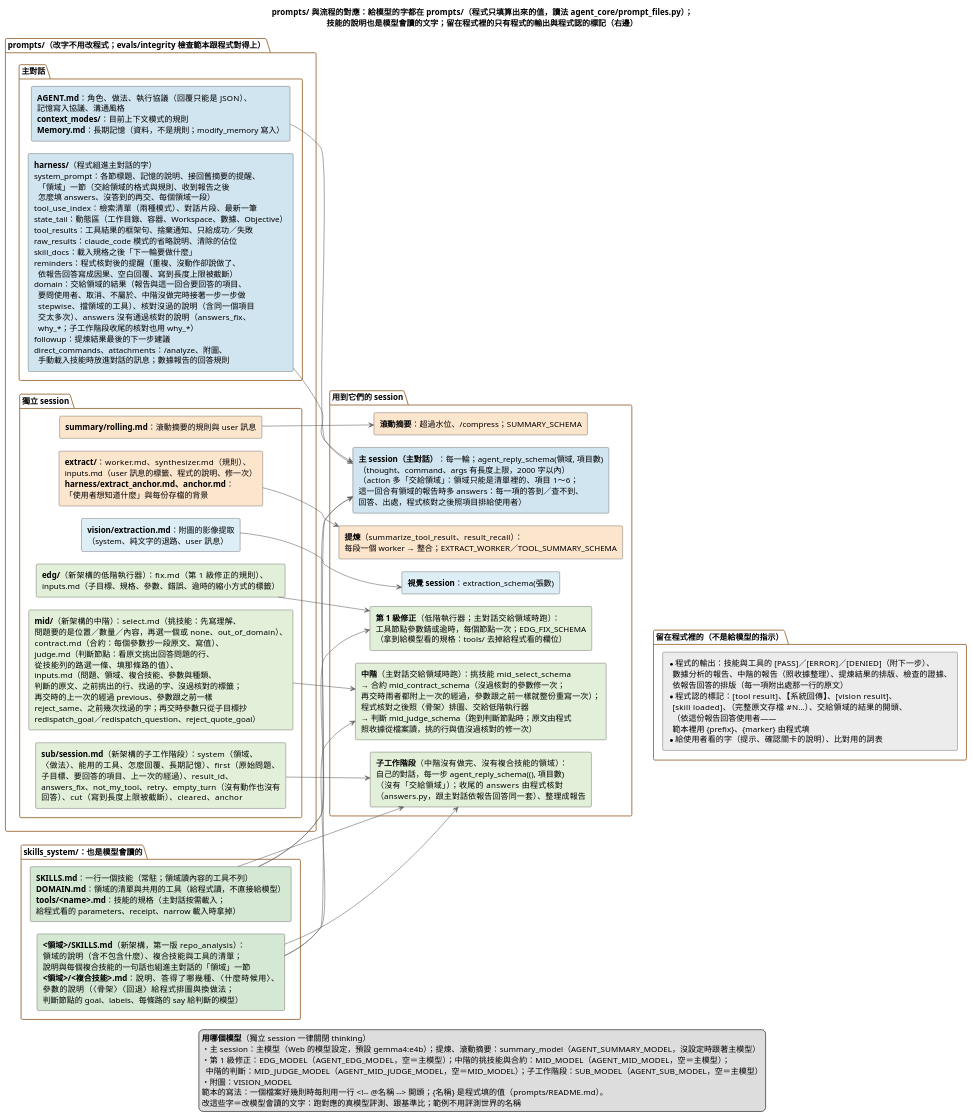
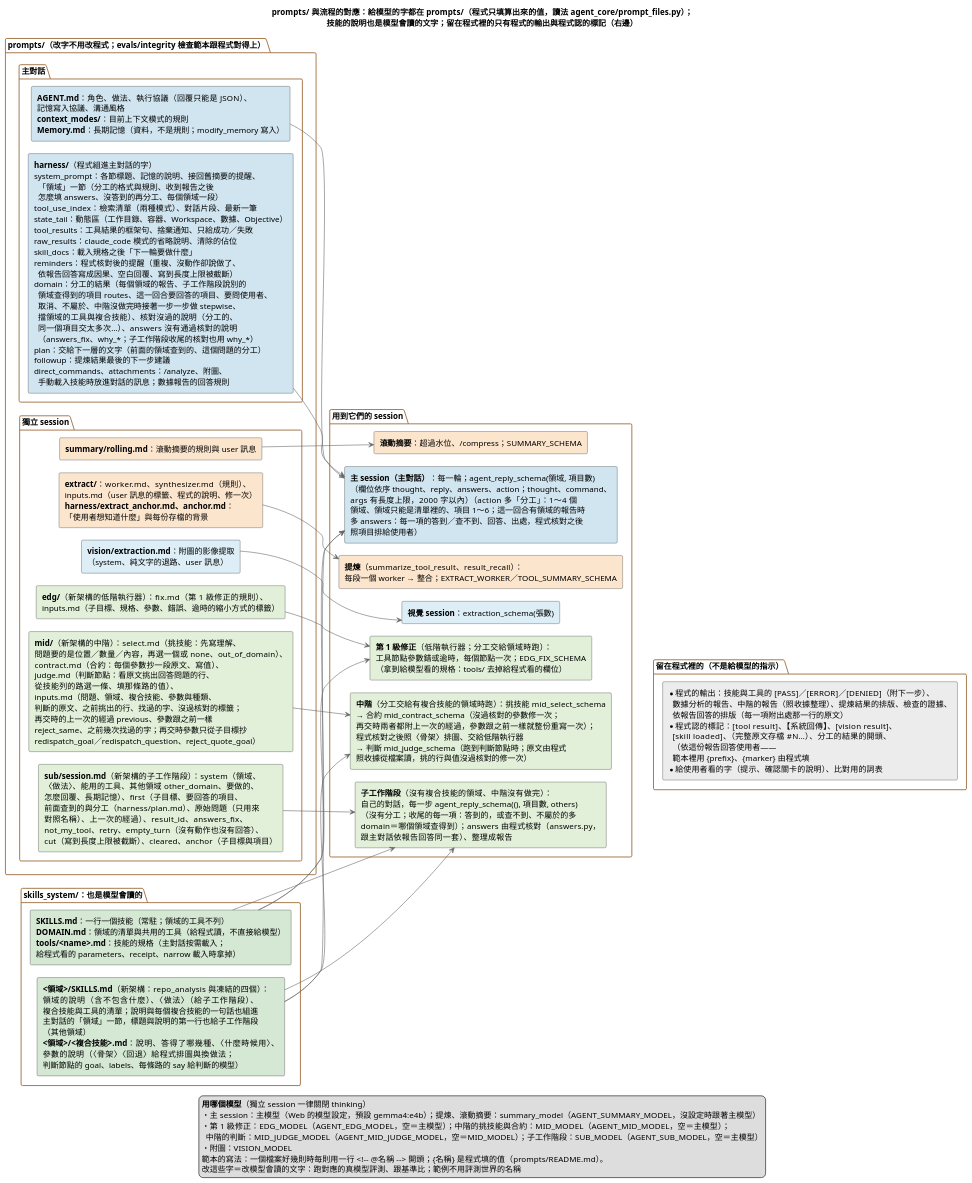
One commit to DavidZox/Coding_agnet changed the diagram in doc/diagrams/prompts與流程的對應.puml. Above: the diagram before and after it, drawn with PlantUML. The commit also changed 23 other files, not shown here.

```diff
--- a/doc/diagrams/prompts與流程的對應.puml
+++ b/doc/diagrams/prompts與流程的對應.puml
@@ -1,178 +1,186 @@
 @startuml
 ' --- 樣式精準控制 ---
 skinparam shadowing false
 skinparam defaultFontName "Microsoft JhengHei"
 skinparam RectangleWidthMax 440
 skinparam PackageBorderColor #996633
 skinparam ArrowColor #666666
 skinparam ranksep 70
 skinparam nodesep 22
 left to right direction
 
 title prompts/ 與流程的對應：給模型的字都在 prompts/（程式只填算出來的值，讀法 agent_core/prompt_files.py）；\n技能的說明也是模型會讀的文字；留在程式裡的只有程式的輸出與程式認的標記（右邊）
 
 package "prompts/（改字不用改程式；evals/integrity 檢查範本跟程式對得上）" {
   package "主對話" {
     rectangle P_AGENT #D1E5F0 [
       **AGENT.md**：角色、做法、執行協議（回覆只能是 JSON）、
       記憶寫入協議、溝通風格
       **context_modes/**：目前上下文模式的規則
       **Memory.md**：長期記憶（資料，不是規則；modify_memory 寫入）
     ]
     rectangle P_HARNESS #D1E5F0 [
       **harness/**（程式組進主對話的字）
       system_prompt：各節標題、記憶的說明、接回舊摘要的提醒、
-        「領域」一節（交給領域的格式與規則、收到報告之後
-        怎麼填 answers、沒答到的再交、每個領域一段）
+        「領域」一節（分工的格式與規則、收到報告之後
+        怎麼填 answers、沒答到的再分工、每個領域一段）
       tool_use_index：檢索清單（兩種模式）、對話片段、最新一筆
       state_tail：動態區（工作目錄、容器、Workspace、數據、Objective）
       tool_results：工具結果的框架句、捨棄通知、只給成功／失敗
       raw_results：claude_code 模式的省略說明、清除的佔位
       skill_docs：載入規格之後「下一輪要做什麼」
       reminders：程式核對後的提醒（重複、沒動作卻說做了、
         依報告回答寫成因果、空白回覆、寫到長度上限被截斷）
-      domain：交給領域的結果（報告與這一回合要回答的項目、
-        要問使用者、取消、不屬於、中階沒做完時接著一步一步做
-        stepwise、擋領域的工具）、核對沒過的說明（含同一個項目
-        交太多次）、answers 沒有通過核對的說明（answers_fix、
-        why_*；子工作階段收尾的核對也用 why_*）
+      domain：分工的結果（每個領域的報告、子工作階段說別的
+        領域查得到的項目 routes、這一回合要回答的項目、要問使用者、
+        取消、不屬於、中階沒做完時接著一步一步做 stepwise、
+        擋領域的工具與複合技能）、核對沒過的說明（分工的、
+        同一個項目交太多次…）、answers 沒有通過核對的說明
+        （answers_fix、why_*；子工作階段收尾的核對也用 why_*）
+      plan：交給下一層的文字（前面的領域查到的、這個問題的分工）
       followup：提煉結果最後的下一步建議
       direct_commands、attachments：/analyze、附圖、
         手動載入技能時放進對話的訊息；數據報告的回答規則
     ]
   }
   package "獨立 session" {
     rectangle P_SUMMARY #FCE5CD [
       **summary/rolling.md**：滾動摘要的規則與 user 訊息
     ]
     rectangle P_EXTRACT #FCE5CD [
       **extract/**：worker.md、synthesizer.md（規則）、
       inputs.md（user 訊息的標籤、程式的說明、修一次）
       **harness/extract_anchor.md、anchor.md**：
       「使用者想知道什麼」與每份存檔的背景
     ]
     rectangle P_VISION #DDEEF6 [
       **vision/extraction.md**：附圖的影像提取
       （system、純文字的退路、user 訊息）
     ]
     rectangle P_EDG #E2F0D9 [
       **edg/**（新架構的低階執行器）：fix.md（第 1 級修正的規則）、
       inputs.md（子目標、規格、參數、錯誤、逾時的縮小方式的標籤）
     ]
     rectangle P_MID #E2F0D9 [
       **mid/**（新架構的中階）：select.md（挑技能：先寫理解、
       問題要的是位置／數量／內容，再選一個或 none、out_of_domain）、
       contract.md（合約：每個參數抄一段原文、寫值）、
       judge.md（判斷節點：看原文挑出回答問題的行、
       從技能列的路選一條、填那條路的值）、
       inputs.md（問題、領域、複合技能、參數與種類、
       判斷的原文、之前挑出的行、找過的字、沒過核對的標籤；
       再交時的上一次的經過 previous、參數跟之前一樣
       reject_same、之前幾次找過的字；再交時參數只從子目標抄
       redispatch_goal／redispatch_question、reject_quote_goal）
     ]
     rectangle P_SUB #E2F0D9 [
       **sub/session.md**（新架構的子工作階段）：system（領域、
-      〈做法〉、能用的工具、怎麼回覆、長期記憶）、first（原始問題、
-      子目標、要回答的項目、上一次的經過）、result_id、
-      answers_fix、not_my_tool、retry、empty_turn（沒有動作也沒有
-      回答）、cut（寫到長度上限被截斷）、cleared、anchor
+      〈做法〉、能用的工具、其他領域 other_domain、要做的、
+      怎麼回覆、長期記憶）、first（子目標、要回答的項目、
+      前面查到的與分工（harness/plan.md）、原始問題（只用來
+      對照名稱）、上一次的經過）、result_id、answers_fix、
+      not_my_tool、retry、empty_turn（沒有動作也沒有回答）、
+      cut（寫到長度上限被截斷）、cleared、anchor（子目標與項目）
     ]
   }
 }
 
 package "skills_system/：也是模型會讀的" {
   rectangle K_ALL #D5E8D4 [
-    **SKILLS.md**：一行一個技能（常駐；領域讀內容的工具不列）
+    **SKILLS.md**：一行一個技能（常駐；領域的工具不列）
     **DOMAIN.md**：領域的清單與共用的工具（給程式讀，不直接給模型）
     **tools/<name>.md**：技能的規格（主對話按需載入；
     給程式看的 parameters、receipt、narrow 載入時拿掉）
   ]
   rectangle K_DOMAIN #D5E8D4 [
-    **<領域>/SKILLS.md**（新架構，第一版 repo_analysis）：
-    領域的說明（含不包含什麼）、複合技能與工具的清單；
-    說明與每個複合技能的一句話也組進主對話的「領域」一節
+    **<領域>/SKILLS.md**（新架構：repo_analysis 與凍結的四個）：
+    領域的說明（含不包含什麼）、〈做法〉（給子工作階段）、
+    複合技能與工具的清單；說明與每個複合技能的一句話也組進
+    主對話的「領域」一節，標題與說明的第一行也給子工作階段
+    （其他領域）
     **<領域>/<複合技能>.md**：說明、答得了哪幾種、〈什麼時候用〉、
     參數的說明（〈骨架〉〈回退〉給程式排圖與換做法；
     判斷節點的 goal、labels、每條路的 say 給判斷的模型）
   ]
 }
 
 package "用到它們的 session" {
   rectangle S_MAIN #D1E5F0 [
     **主 session（主對話）**：每一輪；agent_reply_schema(領域, 項目數)
-    （thought、command、args 有長度上限，2000 字以內）
-    （action 多「交給領域」：領域只能是清單裡的、項目 1～6；
-    這一回合有領域的報告時多 answers：每一項的答到／查不到、
-    回答、出處，程式核對之後照項目排給使用者）
+    （欄位依序 thought、reply、answers、action；thought、command、
+    args 有長度上限，2000 字以內）（action 多「分工」：1～4 個
+    領域、領域只能是清單裡的、項目 1～6；這一回合有領域的報告時
+    多 answers：每一項的答到／查不到、回答、出處，程式核對之後
+    照項目排給使用者）
   ]
   rectangle S_SUB #E2F0D9 [
-    **子工作階段**（中階沒有做完、沒有複合技能的領域）：
-    自己的對話，每一步 agent_reply_schema((), 項目數)
-    （沒有「交給領域」）；收尾的 answers 由程式核對
-    （answers.py，跟主對話依報告回答同一套）、整理成報告
+    **子工作階段**（沒有複合技能的領域、中階沒有做完）：
+    自己的對話，每一步 agent_reply_schema((), 項目數, others)
+    （沒有分工；收尾的每一項：答到的，或查不到、不屬於的多
+    domain＝哪個領域查得到）；answers 由程式核對（answers.py，
+    跟主對話依報告回答同一套）、整理成報告
   ]
   rectangle S_SUMMARY #FCE5CD [
     **滾動摘要**：超過水位、/compress；SUMMARY_SCHEMA
   ]
   rectangle S_EXTRACT #FCE5CD [
     **提煉**（summarize_tool_result、result_recall）：
     每段一個 worker → 整合；EXTRACT_WORKER／TOOL_SUMMARY_SCHEMA
   ]
   rectangle S_VISION #DDEEF6 [
     **視覺 session**：extraction_schema(張數)
   ]
   rectangle S_EDG #E2F0D9 [
-    **第 1 級修正**（低階執行器；主對話交給領域時跑）：
+    **第 1 級修正**（低階執行器；分工交給領域時跑）：
     工具節點參數錯或逾時，每個節點一次；EDG_FIX_SCHEMA
     （拿到給模型看的規格：tools/ 去掉給程式看的欄位）
   ]
   rectangle S_MID #E2F0D9 [
-    **中階**（主對話交給領域時跑）：挑技能 mid_select_schema
+    **中階**（分工交給有複合技能的領域時跑）：挑技能 mid_select_schema
     → 合約 mid_contract_schema（沒過核對的參數修一次；
     再交時兩者都附上一次的經過，參數跟之前一樣就整份重寫一次）；
     程式核對之後照〈骨架〉排圖、交給低階執行器
     → 判斷 mid_judge_schema（跑到判斷節點時；原文由程式
     照收據從檔案讀，挑的行與值沒過核對的修一次）
   ]
 }
 
 package "留在程式裡的（不是給模型的指示）" {
   rectangle C_LIST #ECECEC [
     * 程式的輸出：技能與工具的 [PASS]／[ERROR]／[DENIED]（附下一步）、
       數據分析的報告、中階的報告（照收據整理）、提煉結果的排版、檢查的證據、
       依報告回答的排版（每一項附出處那一行的原文）
     * 程式認的標記：[tool result]、【系統回傳】、[vision result]、
-      [skill loaded]、（完整原文存檔 #N…）、交給領域的結果的開頭、
+      [skill loaded]、（完整原文存檔 #N…）、分工的結果的開頭、
       （依這份報告回答使用者——
       範本裡用 {prefix}、{marker} 由程式填
     * 給使用者看的字（提示、確認關卡的說明）、比對用的詞表
   ]
 }
 
 P_AGENT --> S_MAIN
 P_HARNESS --> S_MAIN
 K_ALL --> S_MAIN
 P_SUMMARY --> S_SUMMARY
 P_EXTRACT --> S_EXTRACT
 P_VISION --> S_VISION
 P_EDG --> S_EDG
 K_ALL --> S_EDG
 P_MID --> S_MID
 P_SUB --> S_SUB
 K_DOMAIN --> S_SUB
 K_ALL --> S_SUB
 K_DOMAIN --> S_MID
 K_DOMAIN --> S_MAIN
 S_MID -[hidden]-> C_LIST
 
 legend bottom
   **用哪個模型**（獨立 session 一律關閉 thinking）
   ・主 session：主模型（Web 的模型設定，預設 gemma4:e4b）；提煉、滾動摘要：summary_model（AGENT_SUMMARY_MODEL，沒設定時跟著主模型）
   ・第 1 級修正：EDG_MODEL（AGENT_EDG_MODEL，空＝主模型）；中階的挑技能與合約：MID_MODEL（AGENT_MID_MODEL，空＝主模型）；
     中階的判斷：MID_JUDGE_MODEL（AGENT_MID_JUDGE_MODEL，空＝MID_MODEL）；子工作階段：SUB_MODEL（AGENT_SUB_MODEL，空＝主模型）
   ・附圖：VISION_MODEL
   範本的寫法：一個檔案好幾則時每則用一行 <!~-- @名稱 ~--> 開頭；{名稱} 是程式填的值（prompts/README.md）。
   改這些字＝改模型會讀的文字：跑對應的真模型評測、跟基準比；範例不用評測世界的名稱
 endlegend
 @enduml
```
